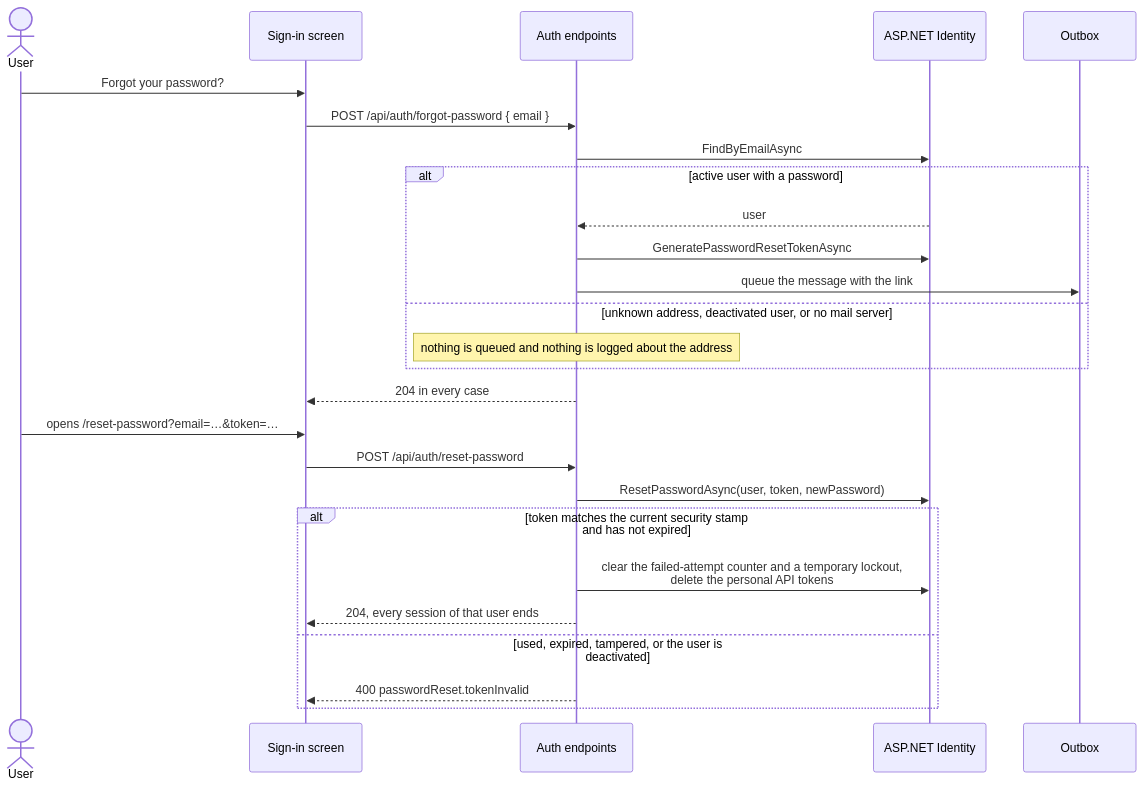
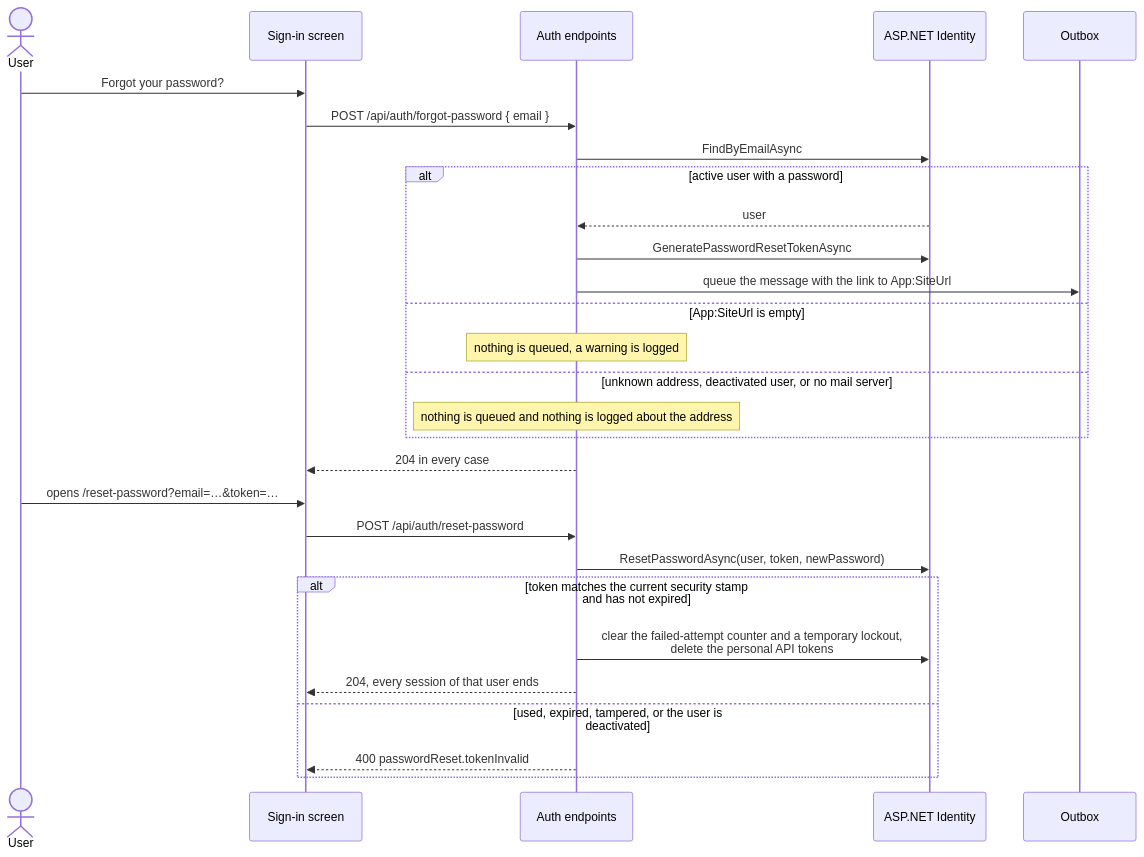
One commit to Justxs/Jx-Finance changed the third of 4 diagrams in docs/features/email.md. Above: the diagram before and after it, drawn with Mermaid. The commit also changed other lines of this file and 369 other files, not shown here.

````diff
--- a/docs/features/email.md
+++ b/docs/features/email.md
@@ -94,28 +94,30 @@
 ```mermaid
 sequenceDiagram
     actor User
     participant App as Sign-in screen
     participant Api as Auth endpoints
     participant Id as ASP.NET Identity
     participant Queue as Outbox
     User->>App: Forgot your password?
     App->>Api: POST /api/auth/forgot-password { email }
     Api->>Id: FindByEmailAsync
     alt active user with a password
         Id-->>Api: user
         Api->>Id: GeneratePasswordResetTokenAsync
-        Api->>Queue: queue the message with the link
+        Api->>Queue: queue the message with the link to App:SiteUrl
+    else App:SiteUrl is empty
+        Note over Api: nothing is queued, a warning is logged
     else unknown address, deactivated user, or no mail server
         Note over Api: nothing is queued and nothing is logged about the address
     end
     Api-->>App: 204 in every case
     User->>App: opens /reset-password?email=…&token=…
     App->>Api: POST /api/auth/reset-password
     Api->>Id: ResetPasswordAsync(user, token, newPassword)
     alt token matches the current security stamp and has not expired
         Api->>Id: clear the failed-attempt counter and a temporary lockout,<br/>delete the personal API tokens
         Api-->>App: 204, every session of that user ends
     else used, expired, tampered, or the user is deactivated
         Api-->>App: 400 passwordReset.tokenInvalid
     end
 ```
````
